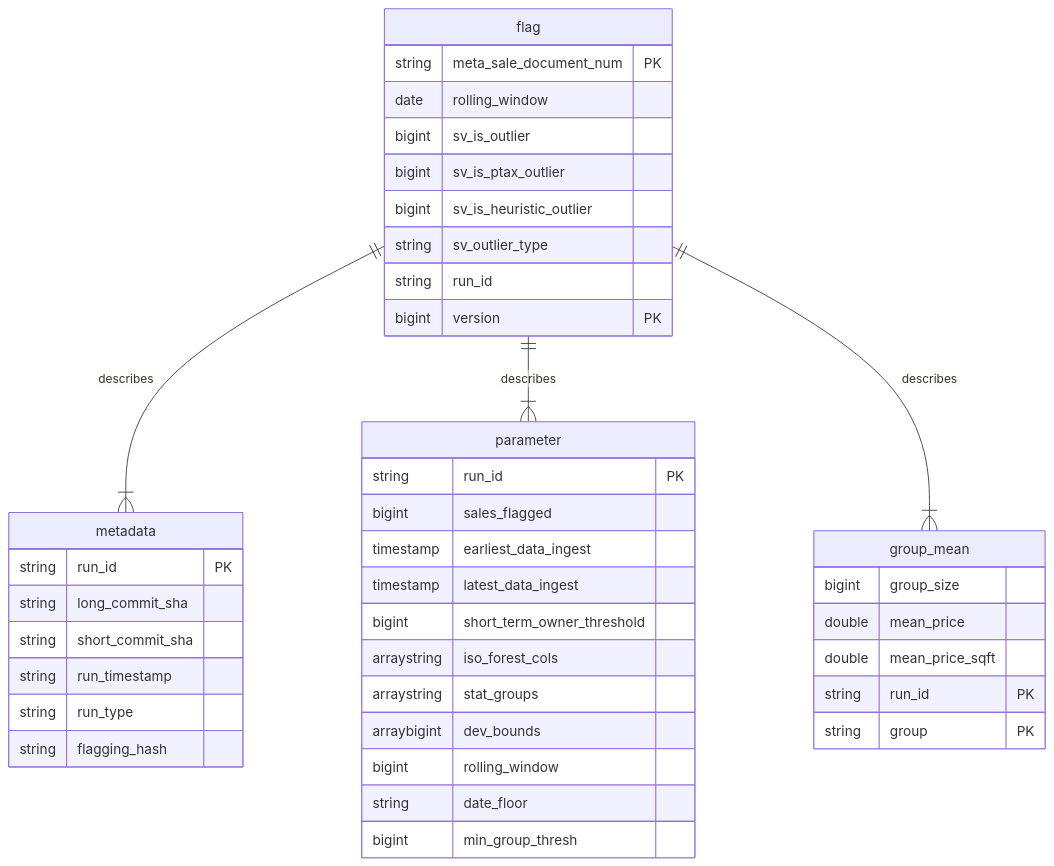
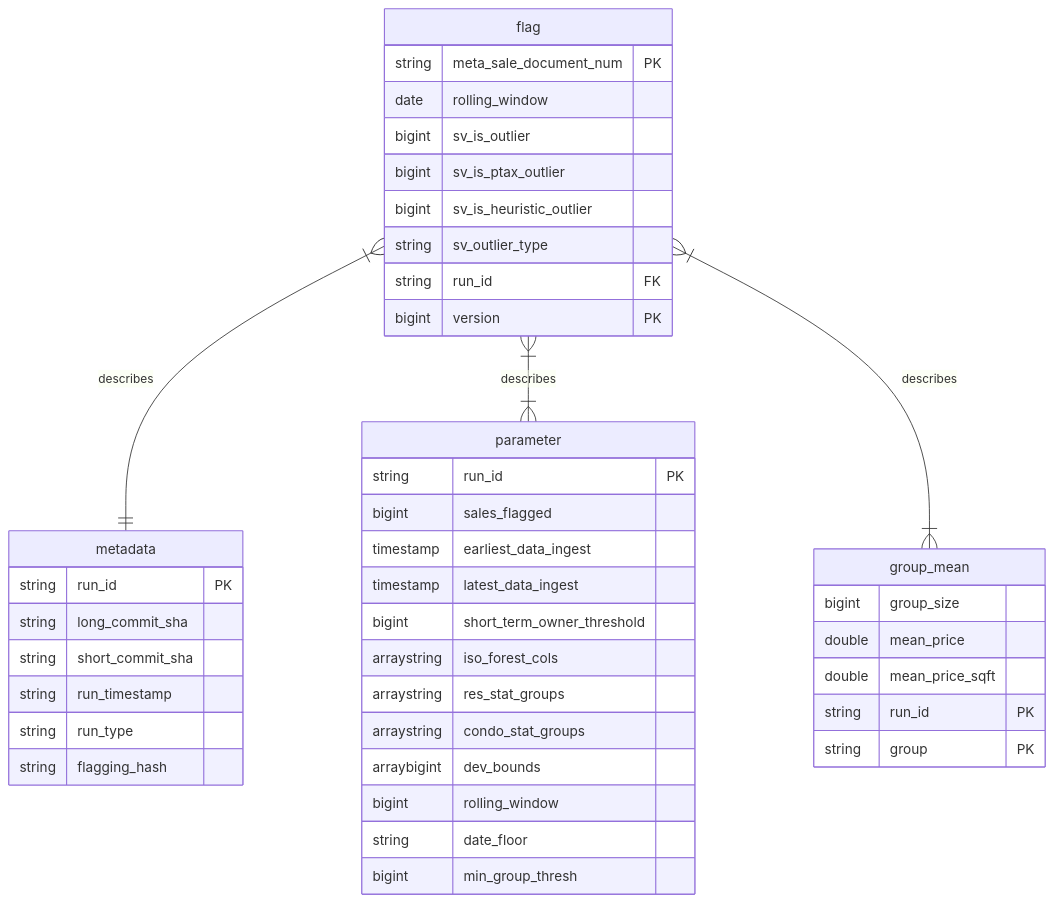
Before and after one commit to ccao-data/model-sales-val: the second of 2 diagrams in README.md, drawn with Mermaid. The commit also changed other lines of this file and 6 other files, not shown here.

````diff
--- a/README.md
+++ b/README.md
@@ -60,47 +58,48 @@
-``` mermaid
+```mermaid
 erDiagram
-    flag ||--|{ metadata : describes
-    flag ||--|{ parameter : describes
-    flag ||--|{ group_mean : describes
-    
+    flag }|--|| metadata : describes
+    flag }|--|{ parameter : describes
+    flag }|--|{ group_mean : describes
+
     flag {
         string meta_sale_document_num PK
         date rolling_window
         bigint sv_is_outlier
         bigint sv_is_ptax_outlier
         bigint sv_is_heuristic_outlier
         string sv_outlier_type
-        string run_id 
+        string run_id FK
         bigint version PK
 
     }
     metadata {
         string run_id PK
         string long_commit_sha
         string short_commit_sha
         string run_timestamp
         string run_type
         string flagging_hash
     }
     parameter {
         string run_id PK
         bigint sales_flagged
         timestamp earliest_data_ingest
-        timestamp latest_data_ingest 
+        timestamp latest_data_ingest
         bigint short_term_owner_threshold
         arraystring iso_forest_cols
-        arraystring stat_groups
+        arraystring res_stat_groups
+        arraystring condo_stat_groups
         arraybigint dev_bounds
         bigint rolling_window
         string date_floor
         bigint min_group_thresh
     }
 
     group_mean {
         bigint group_size
         double mean_price
         double mean_price_sqft
         string run_id PK
         string group PK
     }
 ```
````
